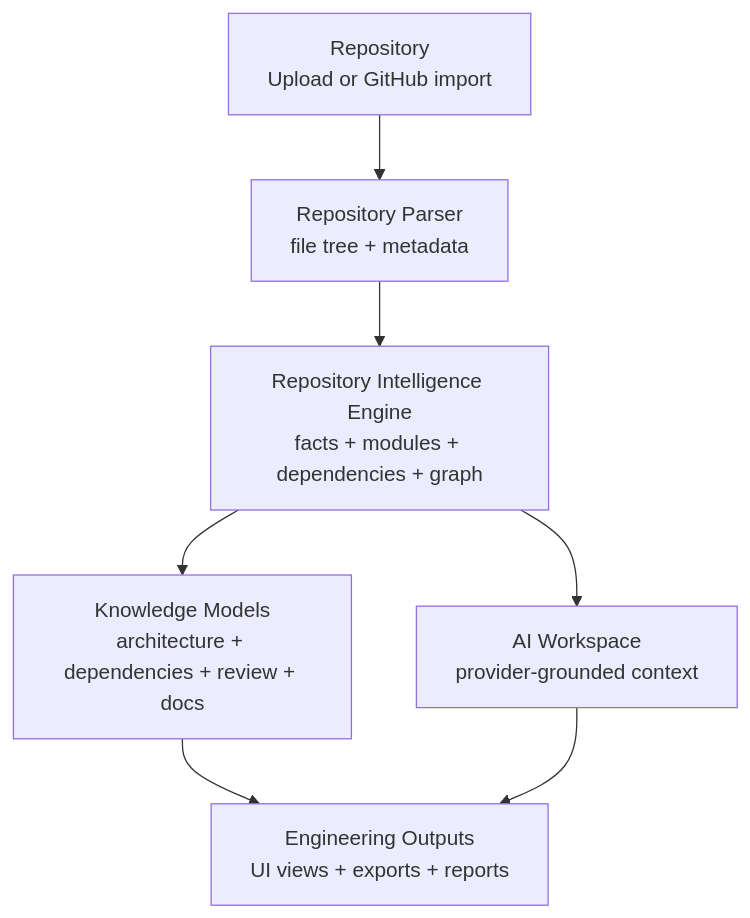
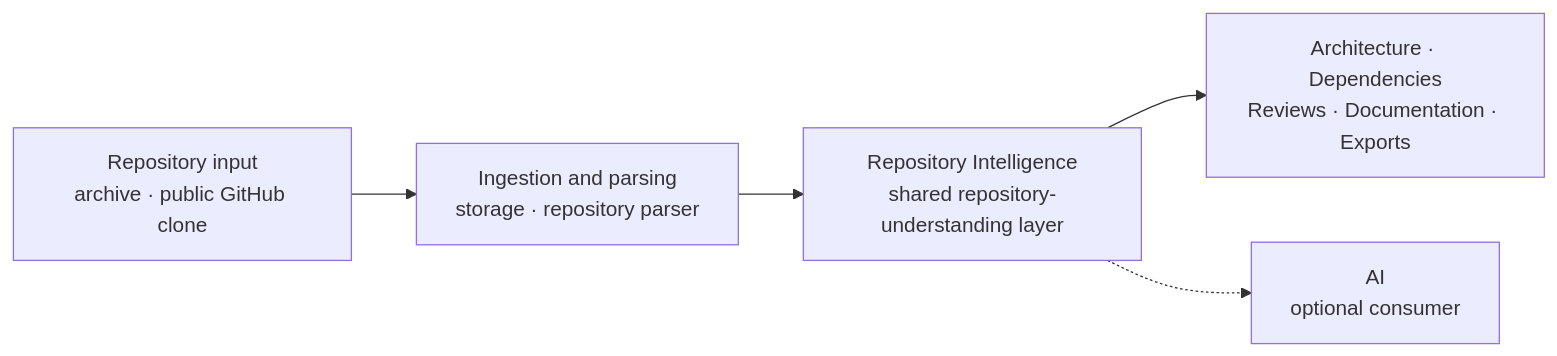
Before and after one commit to Second-Origin/PARTHA: the first of 2 diagrams in README.md, drawn with Mermaid. The commit also changed other lines of this file and 28 other files, not shown here.

````diff
--- a/README.md
+++ b/README.md
@@ -107,16 +96,11 @@
 ```mermaid
-flowchart TD
-    Repo[Repository<br/>Upload or GitHub import]
-    Parser[Repository Parser<br/>file tree + metadata]
-    RIE[Repository Intelligence Engine<br/>facts + modules + dependencies + graph]
-    Models[Knowledge Models<br/>architecture + dependencies + review + docs]
-    AI[AI Workspace<br/>provider-grounded context]
-    Reports[Engineering Outputs<br/>UI views + exports + reports]
+flowchart LR
+    Input["Repository input<br/>archive · public GitHub clone"]
+    Ingest["Ingestion and parsing<br/>storage · repository parser"]
+    RI["Repository Intelligence<br/>shared repository-understanding layer"]
+    Consumers["Architecture · Dependencies<br/>Reviews · Documentation · Exports"]
+    AI["AI<br/>optional consumer"]
 
-    Repo --> Parser
-    Parser --> RIE
-    RIE --> Models
-    Models --> Reports
-    RIE --> AI
-    AI --> Reports
+    Input --> Ingest --> RI --> Consumers
+    RI -.-> AI
 ```
````
